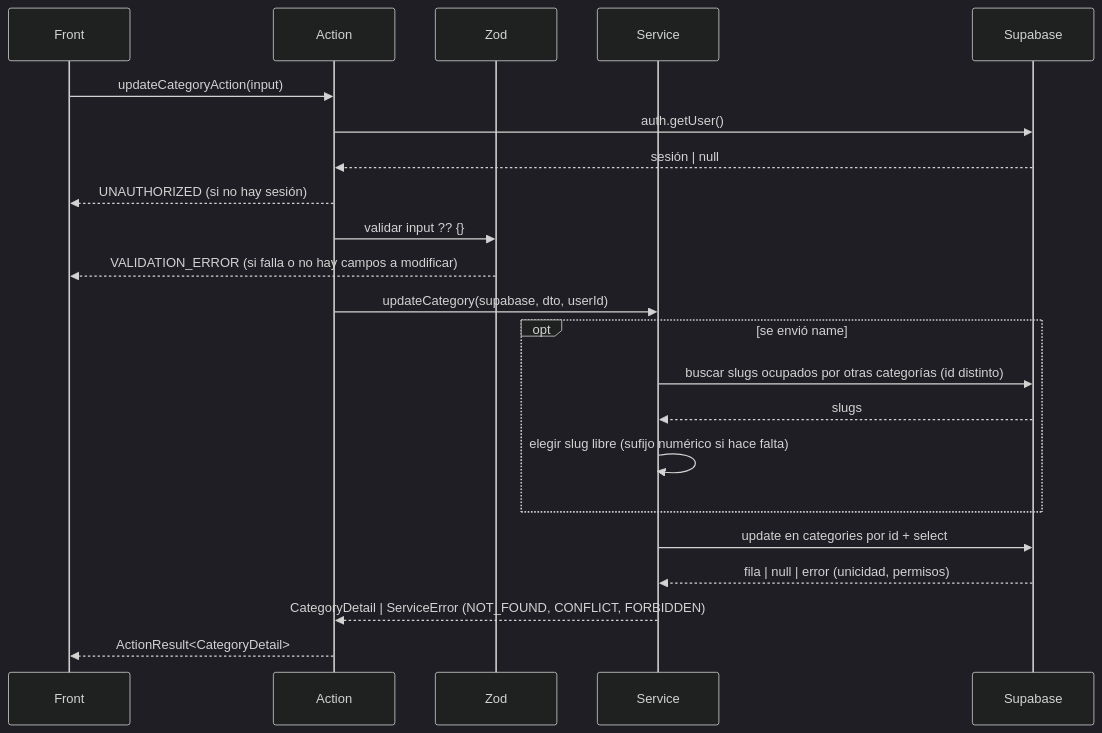
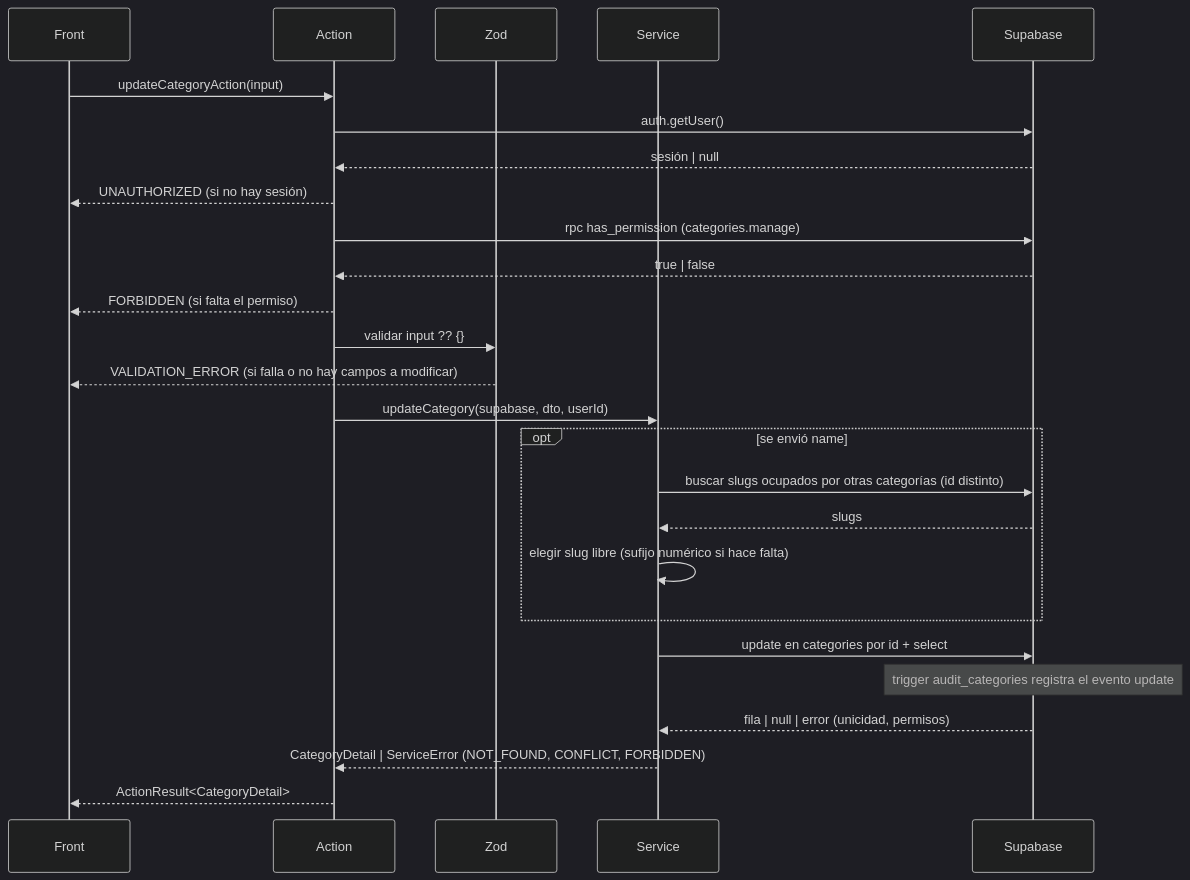
The diagram in docs/contracts/categories/Contract_updateCategory.md (Programati/restoDev), drawn with Mermaid (dark theme) before and after one commit. The commit also changed other lines of this file and 90 other files, not shown here.

````diff
--- a/docs/contracts/categories/Contract_updateCategory.md
+++ b/docs/contracts/categories/Contract_updateCategory.md
@@ -165,24 +166,28 @@
 ```mermaid
 sequenceDiagram
   participant Front
   participant Action
   participant Zod
   participant Service
   participant Supabase
   Front->>Action: updateCategoryAction(input)
   Action->>Supabase: auth.getUser()
   Supabase-->>Action: sesión | null
   Action-->>Front: UNAUTHORIZED (si no hay sesión)
+  Action->>Supabase: rpc has_permission (categories.manage)
+  Supabase-->>Action: true | false
+  Action-->>Front: FORBIDDEN (si falta el permiso)
   Action->>Zod: validar input ?? {}
   Zod-->>Front: VALIDATION_ERROR (si falla o no hay campos a modificar)
   Action->>Service: updateCategory(supabase, dto, userId)
   opt se envió name
     Service->>Supabase: buscar slugs ocupados por otras categorías (id distinto)
     Supabase-->>Service: slugs
     Service->>Service: elegir slug libre (sufijo numérico si hace falta)
   end
   Service->>Supabase: update en categories por id + select
+  Note over Supabase: trigger audit_categories registra el evento update
   Supabase-->>Service: fila | null | error (unicidad, permisos)
   Service-->>Action: CategoryDetail | ServiceError (NOT_FOUND, CONFLICT, FORBIDDEN)
   Action-->>Front: ActionResult<CategoryDetail>
 ```
````
